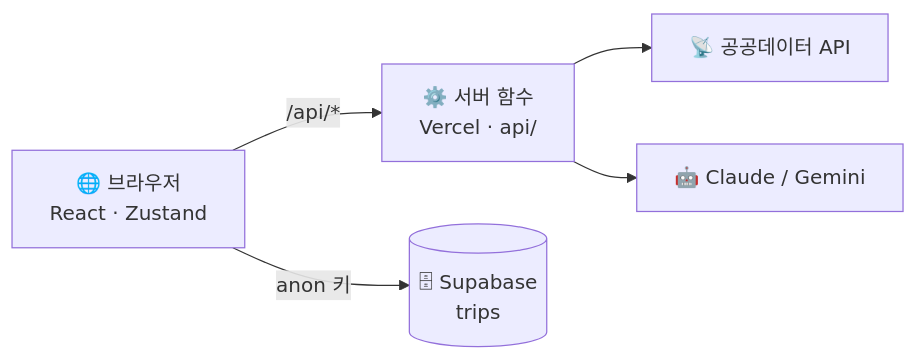
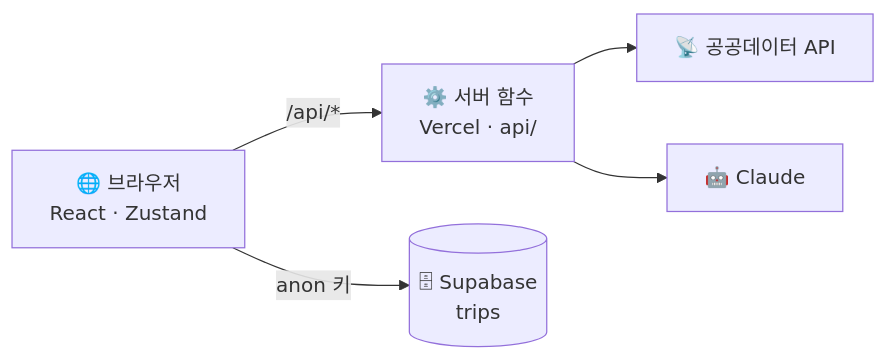
One commit to So-yoonKim/project changed the diagram in README.md. Above: the diagram before and after it, drawn with Mermaid. The commit also changed other lines of this file and 4 other files, not shown here.

Commit message:
chore: AI를 Claude 하나로 정리 (Gemini 코드·문서 제거)

````diff
--- a/README.md
+++ b/README.md
@@ -152,7 +153,7 @@
 ```mermaid
 flowchart LR
   B["🌐 브라우저<br/>React · Zustand"] -->|"/api/*"| S["⚙️ 서버 함수<br/>Vercel · api/"]
   S --> P["📡 공공데이터 API"]
-  S --> A["🤖 Claude / Gemini"]
+  S --> A["🤖 Claude"]
   B -->|"anon 키"| D[("🗄 Supabase<br/>trips")]
 ```
````
